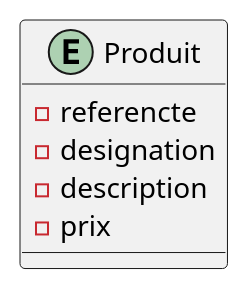
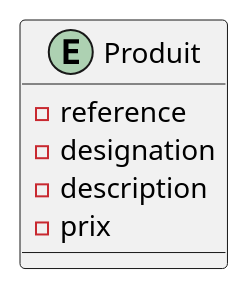
One commit to Pi19/hexagonale-poc changed the diagram in README.md. Above: the diagram before and after it, drawn with PlantUML.

````diff
--- a/README.md
+++ b/README.md
@@ -38,10 +38,10 @@
 ```plantuml
 @startuml 
  entity Produit {
-   - referencte
+   - reference
    - designation
    - description
    - prix
  }
 @enduml
 ```
````
